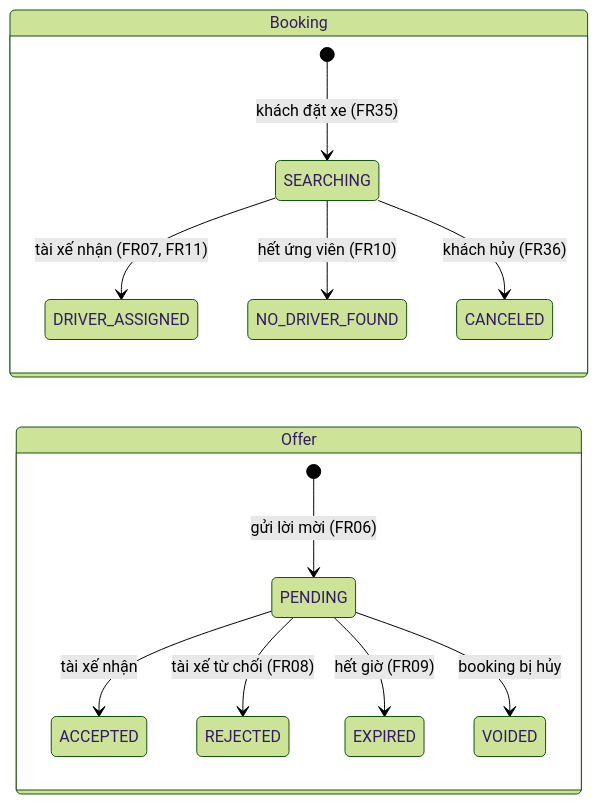
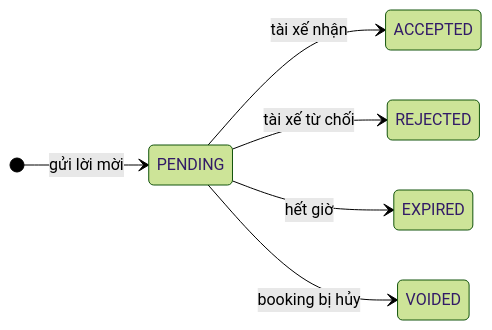
The third of 5 diagrams in docs/design/01-bounded-contexts.md (nghuuduc21/23699411_NguyenHuuDuc_CabSystem), drawn with Mermaid (forest theme) before and after one commit. The commit also changed other lines of this file and 13 other files, not shown here.

````diff
--- a/docs/design/01-bounded-contexts.md
+++ b/docs/design/01-bounded-contexts.md
@@ -225,17 +265,9 @@
 ```mermaid
 stateDiagram-v2
   direction LR
-  state "Booking" as B {
-    [*] --> SEARCHING: khách đặt xe (FR35)
-    SEARCHING --> DRIVER_ASSIGNED: tài xế nhận (FR07, FR11)
-    SEARCHING --> NO_DRIVER_FOUND: hết ứng viên (FR10)
-    SEARCHING --> CANCELED: khách hủy (FR36)
-  }
-  state "Offer" as O {
-    [*] --> PENDING: gửi lời mời (FR06)
-    PENDING --> ACCEPTED: tài xế nhận
-    PENDING --> REJECTED: tài xế từ chối (FR08)
-    PENDING --> EXPIRED: hết giờ (FR09)
-    PENDING --> VOIDED: booking bị hủy
-  }
+  [*] --> PENDING: gửi lời mời
+  PENDING --> ACCEPTED: tài xế nhận
+  PENDING --> REJECTED: tài xế từ chối
+  PENDING --> EXPIRED: hết giờ
+  PENDING --> VOIDED: booking bị hủy
 ```
````
